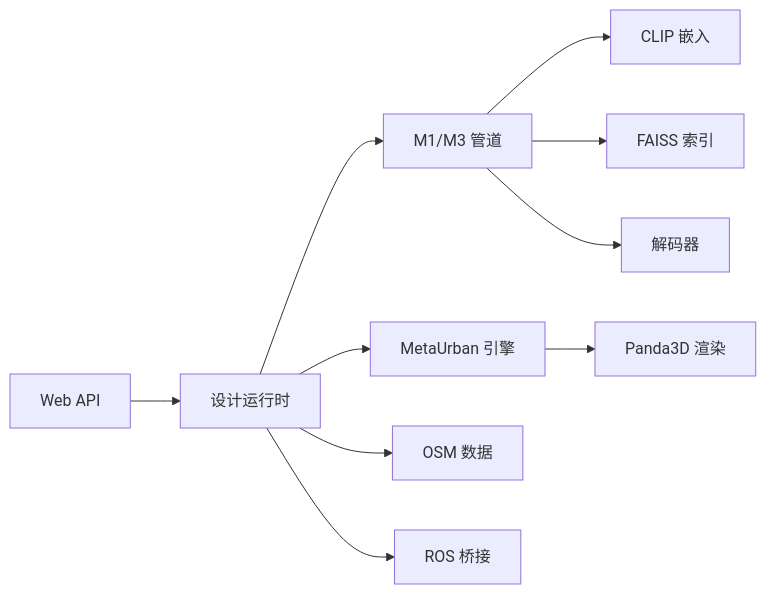
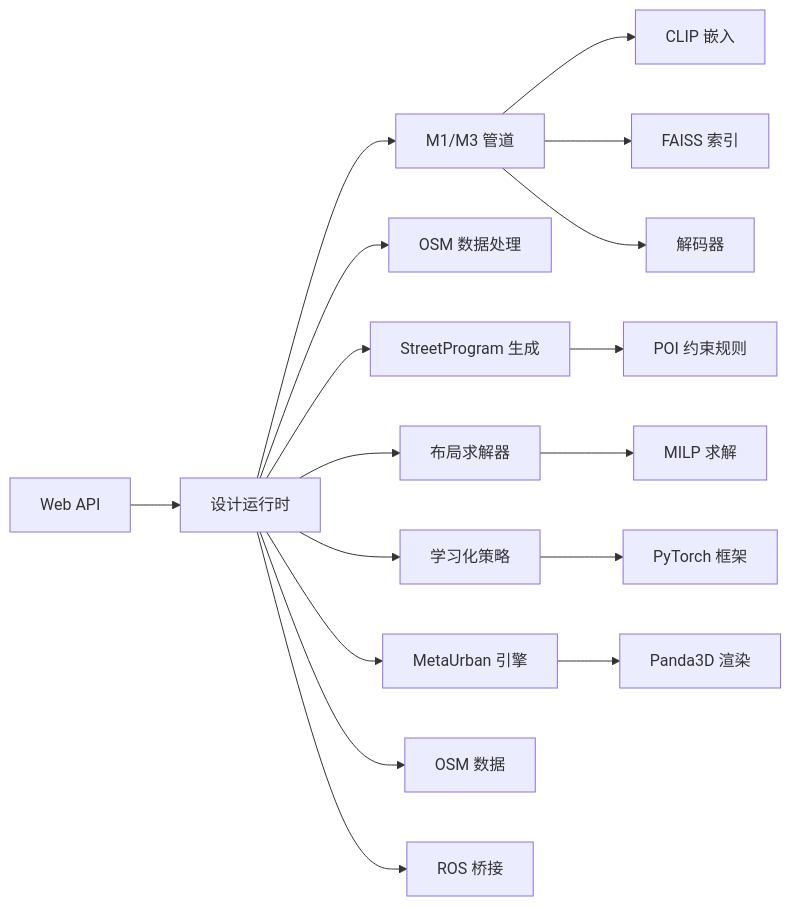
Before and after one commit to wsqstar/RoadGen3D: diagram 16 of 17 in .qoder/repowiki/zh/content/系统架构/系统架构.md, drawn with Mermaid. The commit also changed other lines of this file and 10 other files, not shown here.

First line of the commit message:
docs(architecture): update system architecture with OSM and POI integration

````diff
--- a/.qoder/repowiki/zh/content/系统架构/系统架构.md
+++ b/.qoder/repowiki/zh/content/系统架构/系统架构.md
@@ -350,12 +672,19 @@
 ```mermaid
 graph LR
 API["Web API"] --> Design["设计运行时"]
 Design --> Pipeline["M1/M3 管道"]
+Design --> OSM["OSM 数据处理"]
+Design --> Program["StreetProgram 生成"]
+Design --> Solver["布局求解器"]
+Design --> Policy["学习化策略"]
 Pipeline --> CLIP["CLIP 嵌入"]
 Pipeline --> FAISS["FAISS 索引"]
 Pipeline --> Decoder["解码器"]
+Program --> POI["POI 约束规则"]
+Solver --> MILP["MILP 求解"]
+Policy --> Torch["PyTorch 框架"]
 Design --> Engine["MetaUrban 引擎"]
 Engine --> Panda3D["Panda3D 渲染"]
-Design --> OSM["OSM 数据"]
+Design --> OSMData["OSM 数据"]
 Design --> ROS["ROS 桥接"]
 ```
````
